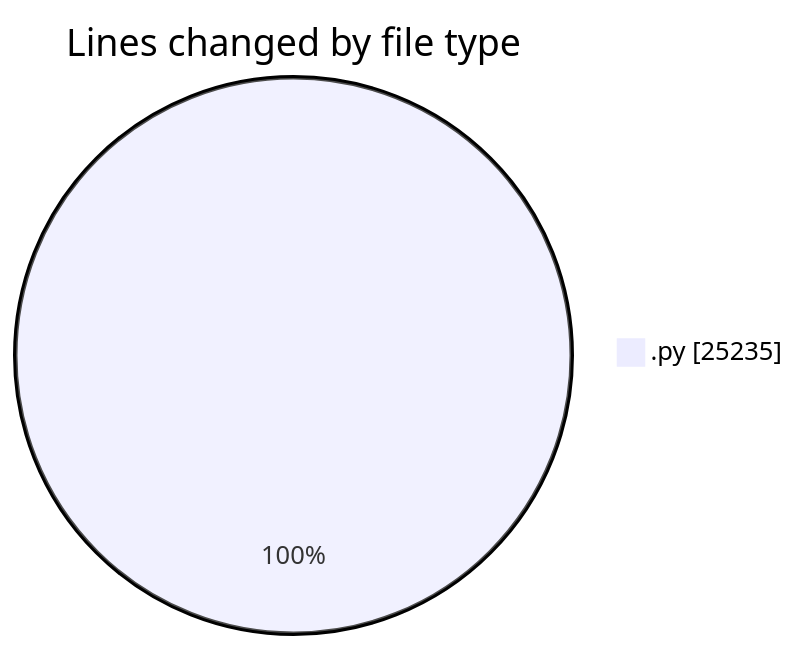
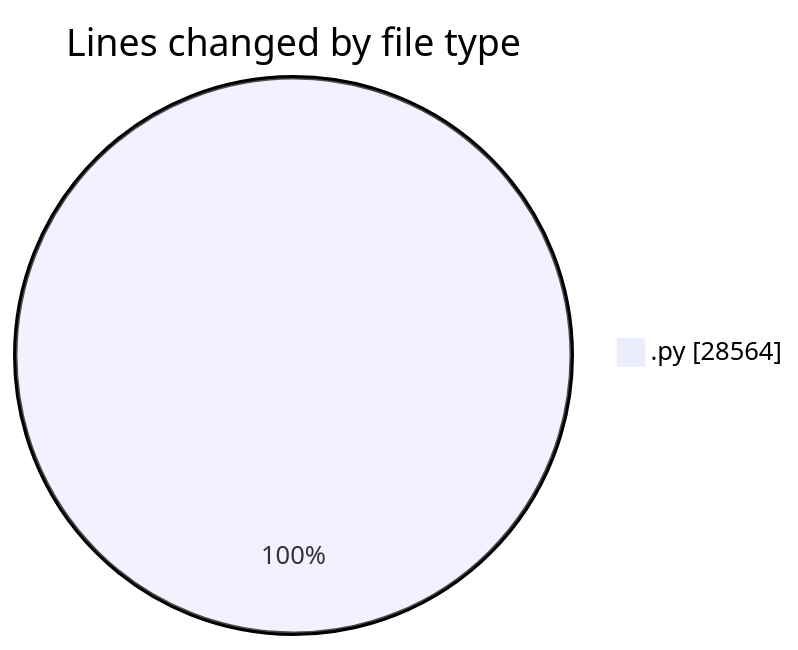
One commit to julien-gomy/code-tracking changed the first of 2 diagrams in 2025-11-14/eventscop-api-guide__workspace_/README.md. Above: the diagram before and after it, drawn with Mermaid. The commit also changed other lines of this file and 1 other file, not shown here.

````diff
--- a/2025-11-14/eventscop-api-guide__workspace_/README.md
+++ b/2025-11-14/eventscop-api-guide__workspace_/README.md
@@ -25,5 +25,5 @@
 ```mermaid
 pie showData
 title Lines changed by file type
-".py" : 25235
+".py" : 28564
 ```
````
